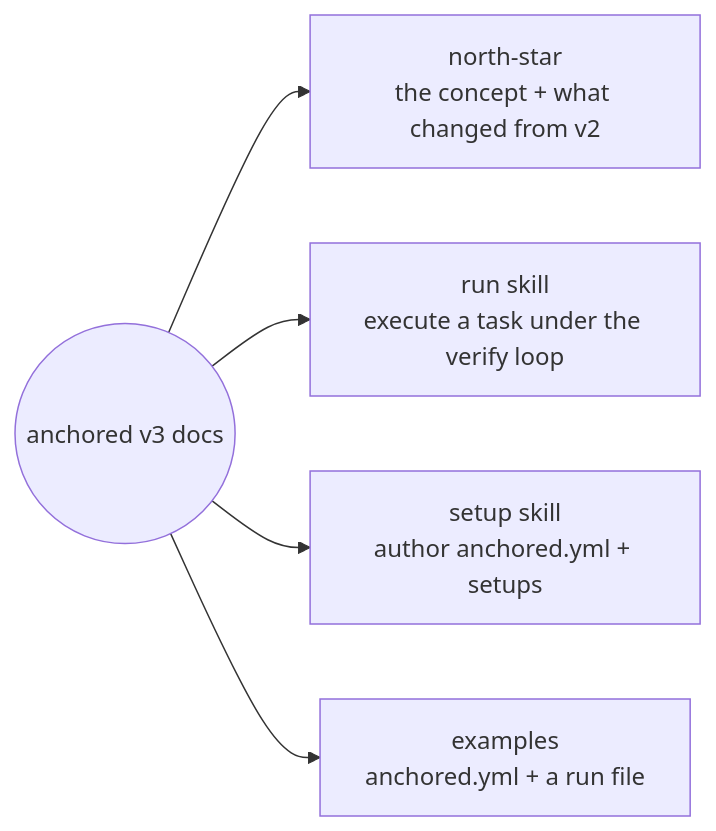
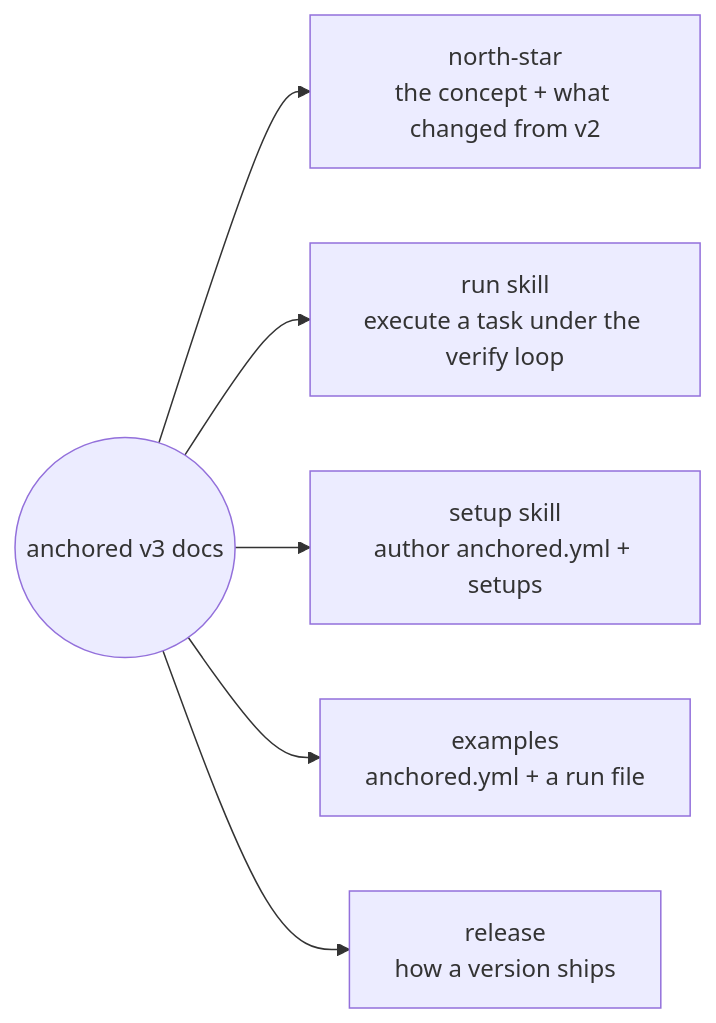
One commit to chafoo/anchored changed the diagram in docs/_docs.md. Above: the diagram before and after it, drawn with Mermaid. The commit also changed other lines of this file and 1 other file, not shown here.

Commit message:
docs(release): write down how a version ships
Captured from the v0.7.0 release, while the traps were still fresh. The parts
that cost us time, not the parts that are obvious:

- the version lives in FOUR places, and only bin.ts↔package.json is guarded
  (bin.e2e.ts); the bundle is a committed artifact that fails silently if not
  rebuilt
- npm login / publish need a real TTY — backgrounded they die on the OTP prompt
- a fresh publish 404s on the aggregate document (what `npm view` and
  `npm install` read) while the version URL already answers 200; the proof it
  worked is `PUT 200` in the npm debug log plus a matching dist.shasum
- scoped packages default to restricted; README/LICENSE must sit in core/
- the v0.1.0–v0.5.1 tags belong to v2's unrelated history — check before tagging

Every command in the doc was executed before committing it.

Claude-Session: https://claude.ai/code/session_01Jx9x75JXEXx5VXsRhJs1au

````diff
--- a/docs/_docs.md
+++ b/docs/_docs.md
@@ -5,11 +5,13 @@
 ```mermaid
 flowchart LR
   docs((anchored v3 docs))
   docs --> ns["north-star<br/>the concept + what changed from v2"]
   docs --> run["run skill<br/>execute a task under the verify loop"]
   docs --> setup["setup skill<br/>author anchored.yml + setups"]
   docs --> ex["examples<br/>anchored.yml + a run file"]
+  docs --> rel["release<br/>how a version ships"]
   click ns "design/north-star.md"
   click run "run.md"
   click setup "setup.md"
+  click rel "release.md"
 ```
````
